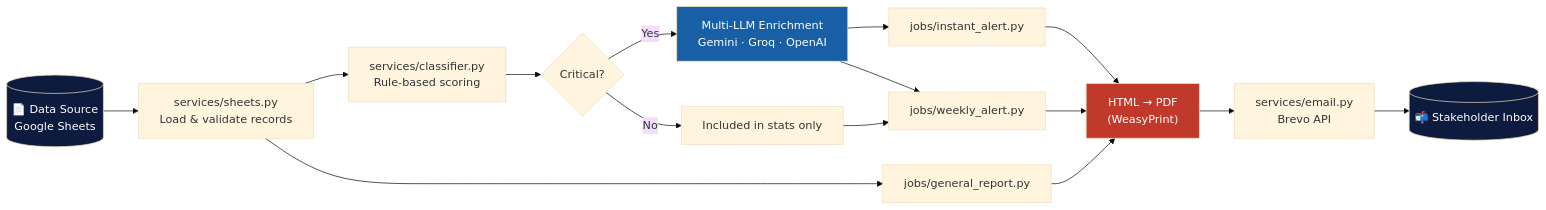
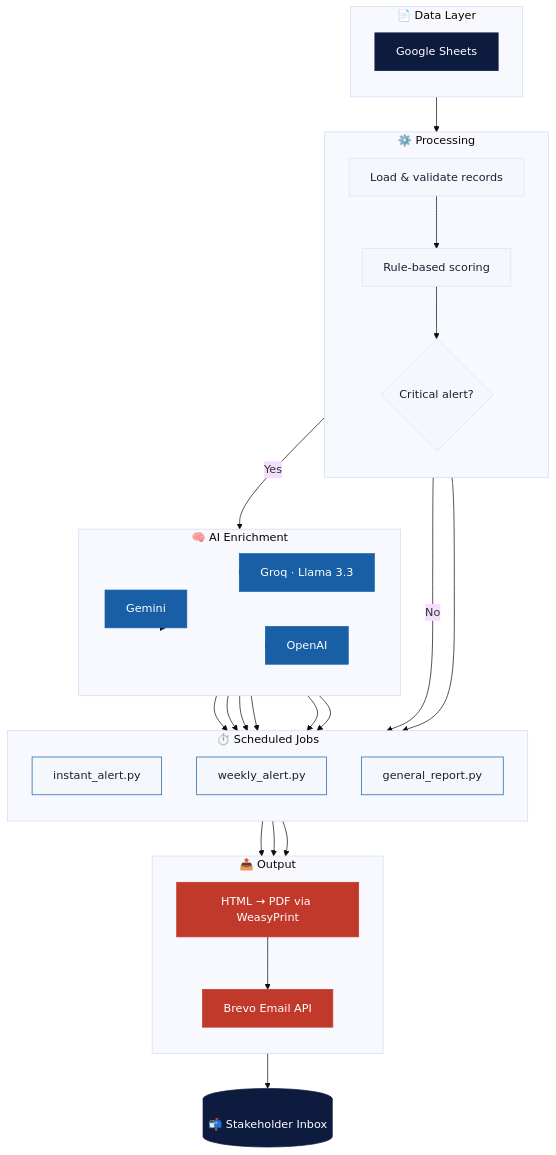
The diagram in README.md (nou619/user-behavior-analysis-system), drawn with Mermaid (base theme) before and after one commit.

````diff
--- a/README.md
+++ b/README.md
@@ -56,22 +56,63 @@
 ```mermaid
-flowchart LR
-    A[("📄 Data Source<br/>Google Sheets")] --> B["services/sheets.py<br/>Load & validate records"]
-    B --> C["services/classifier.py<br/>Rule-based scoring"]
-    C --> D{"Critical?"}
-    D -- "Yes" --> E["Multi-LLM Enrichment<br/>Gemini · Groq · OpenAI"]
-    D -- "No" --> F["Included in stats only"]
-    E --> G["jobs/instant_alert.py"]
-    E --> H["jobs/weekly_alert.py"]
-    F --> H
-    B --> I["jobs/general_report.py"]
-    G --> J["HTML → PDF<br/>(WeasyPrint)"]
+flowchart TD
+    subgraph SRC[" 📄 Data Layer "]
+        direction TB
+        A[Google Sheets]
+    end
+
+    subgraph PROC[" ⚙️ Processing "]
+        direction TB
+        B[Load & validate records]
+        C[Rule-based scoring]
+        D{Critical alert?}
+        B --> C --> D
+    end
+
+    subgraph AI[" 🧠 AI Enrichment "]
+        direction LR
+        E1[Gemini]
+        E2[Groq · Llama 3.3]
+        E3[OpenAI]
+    end
+
+    subgraph JOBS[" ⏱️ Scheduled Jobs "]
+        direction TB
+        G[instant_alert.py]
+        H[weekly_alert.py]
+        I[general_report.py]
+    end
+
+    subgraph OUT[" 📤 Output "]
+        direction TB
+        J[HTML → PDF via WeasyPrint]
+        K[Brevo Email API]
+    end
+
+    L[("📬 Stakeholder Inbox")]
+
+    SRC --> PROC
+    D -- Yes --> AI
+    D -- No --> H
+    AI --> E1 & E2 & E3
+    E1 & E2 & E3 --> G
+    E1 & E2 & E3 --> H
+    B --> I
+    G --> J
     H --> J
     I --> J
-    J --> K["services/email.py<br/>Brevo API"]
-    K --> L[("📬 Stakeholder Inbox")]
+    J --> K --> L
 
-    style A fill:#0D1B3E,color:#fff
-    style L fill:#0D1B3E,color:#fff
-    style E fill:#185FA5,color:#fff
-    style J fill:#C0392B,color:#fff
+    classDef srcStyle fill:#0D1B3E,color:#fff,stroke:#0D1B3E
+    classDef procStyle fill:#F4F7FB,color:#172033,stroke:#DCE4EF
+    classDef aiStyle fill:#185FA5,color:#fff,stroke:#185FA5
+    classDef jobStyle fill:#F4F7FB,color:#172033,stroke:#185FA5
+    classDef outStyle fill:#C0392B,color:#fff,stroke:#C0392B
+    classDef inboxStyle fill:#0D1B3E,color:#fff,stroke:#0D1B3E
+
+    class A srcStyle
+    class B,C,D procStyle
+    class E1,E2,E3 aiStyle
+    class G,H,I jobStyle
+    class J,K outStyle
+    class L inboxStyle
 ```
````
